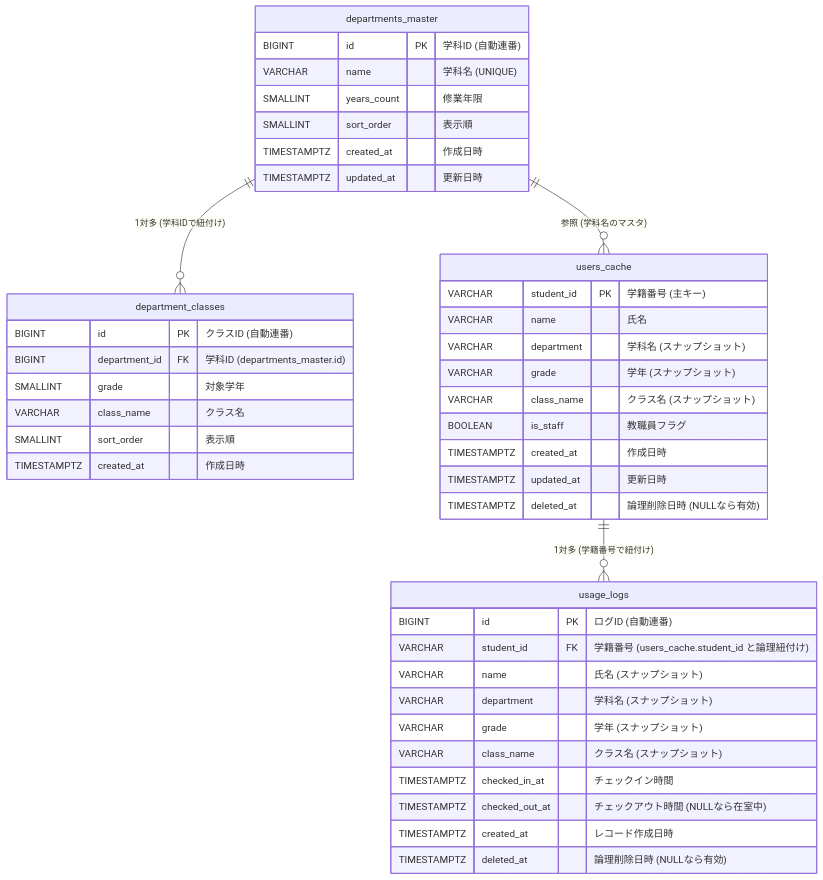
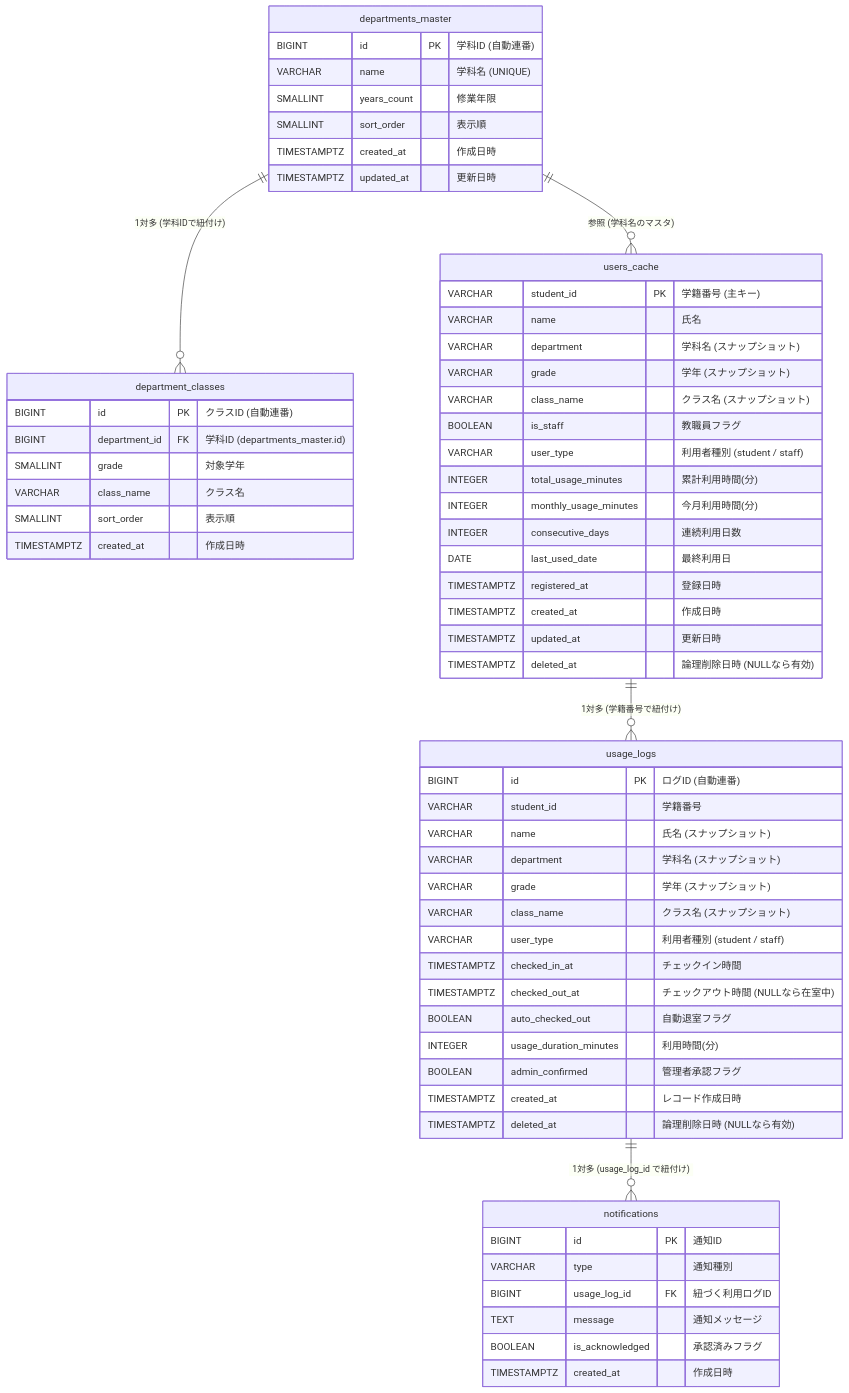
The first of 2 diagrams in doc/ER図.md (tachiyu1931-code/gym-reservation), drawn with Mermaid before and after one commit. The commit also changed other lines of this file and 14 other files, not shown here.

````diff
--- a/doc/ER図.md
+++ b/doc/ER図.md
@@ -19,49 +19,69 @@
 ```mermaid
 erDiagram
     departments_master ||--o{ department_classes : "1対多 (学科IDで紐付け)"
     departments_master ||--o{ users_cache : "参照 (学科名のマスタ)"
     users_cache ||--o{ usage_logs : "1対多 (学籍番号で紐付け)"
+    usage_logs ||--o{ notifications : "1対多 (usage_log_id で紐付け)"
 
     departments_master {
         BIGINT id PK "学科ID (自動連番)"
         VARCHAR name "学科名 (UNIQUE)"
         SMALLINT years_count "修業年限"
         SMALLINT sort_order "表示順"
         TIMESTAMPTZ created_at "作成日時"
         TIMESTAMPTZ updated_at "更新日時"
     }
 
     department_classes {
         BIGINT id PK "クラスID (自動連番)"
         BIGINT department_id FK "学科ID (departments_master.id)"
         SMALLINT grade "対象学年"
         VARCHAR class_name "クラス名"
         SMALLINT sort_order "表示順"
         TIMESTAMPTZ created_at "作成日時"
     }
 
     users_cache {
         VARCHAR student_id PK "学籍番号 (主キー)"
         VARCHAR name "氏名"
         VARCHAR department "学科名 (スナップショット)"
         VARCHAR grade "学年 (スナップショット)"
         VARCHAR class_name "クラス名 (スナップショット)"
         BOOLEAN is_staff "教職員フラグ"
+        VARCHAR user_type "利用者種別 (student / staff)"
+        INTEGER total_usage_minutes "累計利用時間(分)"
+        INTEGER monthly_usage_minutes "今月利用時間(分)"
+        INTEGER consecutive_days "連続利用日数"
+        DATE last_used_date "最終利用日"
+        TIMESTAMPTZ registered_at "登録日時"
         TIMESTAMPTZ created_at "作成日時"
         TIMESTAMPTZ updated_at "更新日時"
         TIMESTAMPTZ deleted_at "論理削除日時 (NULLなら有効)"
     }
 
     usage_logs {
         BIGINT id PK "ログID (自動連番)"
-        VARCHAR student_id FK "学籍番号 (users_cache.student_id と論理紐付け)"
+        VARCHAR student_id "学籍番号"
         VARCHAR name "氏名 (スナップショット)"
         VARCHAR department "学科名 (スナップショット)"
         VARCHAR grade "学年 (スナップショット)"
         VARCHAR class_name "クラス名 (スナップショット)"
+        VARCHAR user_type "利用者種別 (student / staff)"
         TIMESTAMPTZ checked_in_at "チェックイン時間"
         TIMESTAMPTZ checked_out_at "チェックアウト時間 (NULLなら在室中)"
+        BOOLEAN auto_checked_out "自動退室フラグ"
+        INTEGER usage_duration_minutes "利用時間(分)"
+        BOOLEAN admin_confirmed "管理者承認フラグ"
         TIMESTAMPTZ created_at "レコード作成日時"
         TIMESTAMPTZ deleted_at "論理削除日時 (NULLなら有効)"
     }
+
+    notifications {
+        BIGINT id PK "通知ID"
+        VARCHAR type "通知種別"
+        BIGINT usage_log_id FK "紐づく利用ログID"
+        TEXT message "通知メッセージ"
+        BOOLEAN is_acknowledged "承認済みフラグ"
+        TIMESTAMPTZ created_at "作成日時"
+    }
 ```
````
